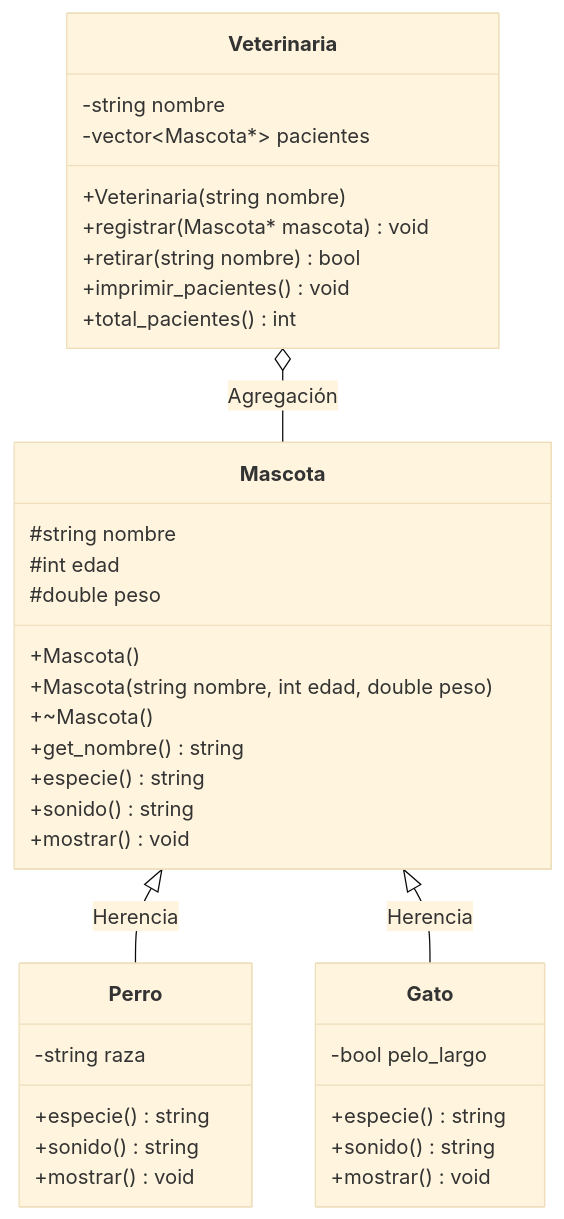
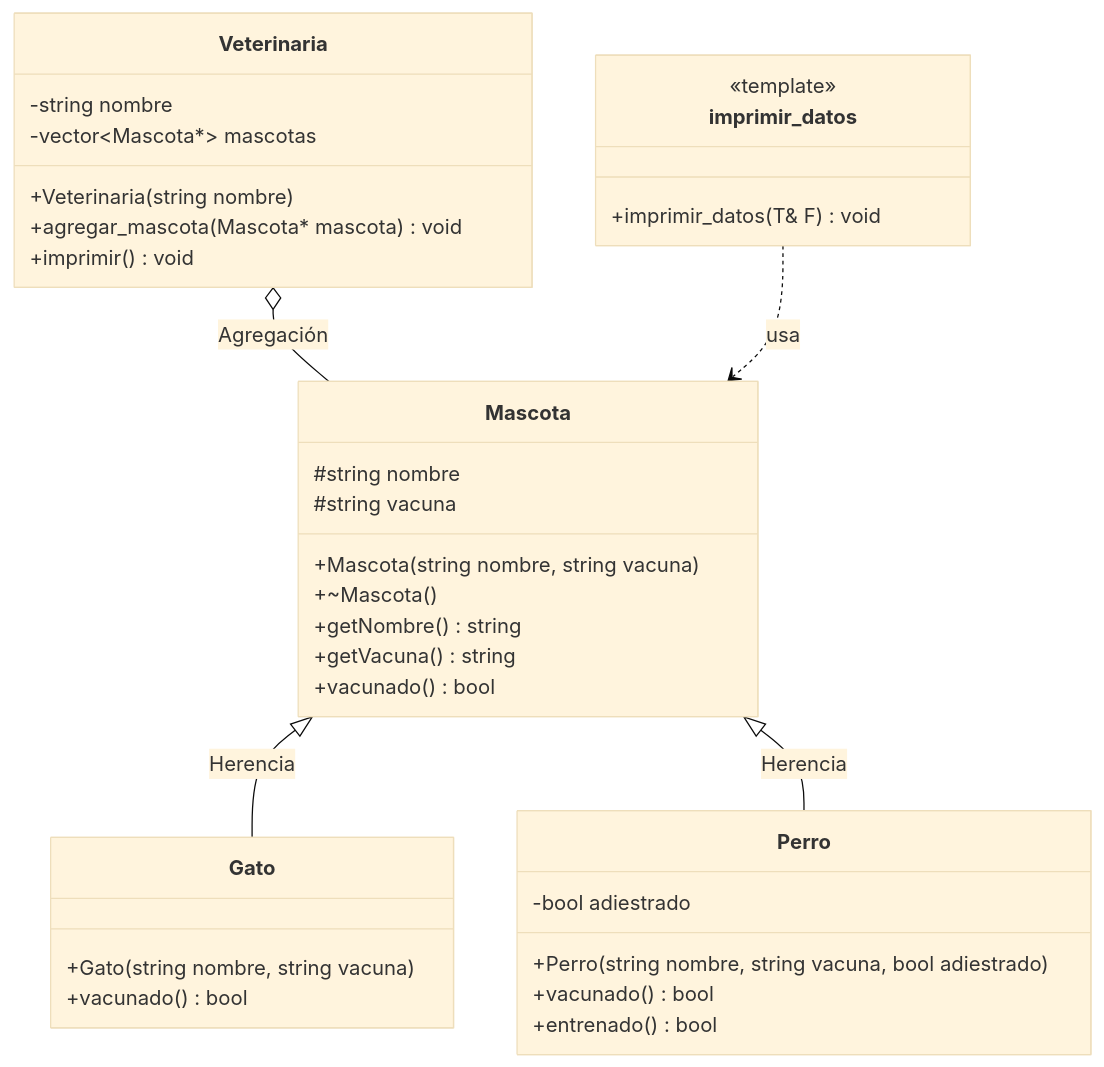
Before and after one commit to CursosProgramacionEP/PO_UTEC_Semana13: the first of 2 diagrams in A2_MascotaVeterinaria/README.md, drawn with Mermaid (base theme). The commit also changed other lines of this file and 30 other files, not shown here.

Commit message:
Semana 13 - A1, A2 y A3 ajustados a los diagramas de las diapositivas

````diff
--- a/A2_MascotaVeterinaria/README.md
+++ b/A2_MascotaVeterinaria/README.md
@@ -9,39 +7,37 @@
 ```mermaid
 classDiagram
     class Mascota {
         #string nombre
-        #int edad
-        #double peso
-        +Mascota()
-        +Mascota(string nombre, int edad, double peso)
+        #string vacuna
+        +Mascota(string nombre, string vacuna)
         +~Mascota()
-        +get_nombre() string
-        +especie() string
-        +sonido() string
-        +mostrar() void
+        +getNombre() string
+        +getVacuna() string
+        +vacunado() bool
+    }
+    class Gato {
+        +Gato(string nombre, string vacuna)
+        +vacunado() bool
     }
     class Perro {
-        -string raza
-        +especie() string
-        +sonido() string
-        +mostrar() void
-    }
-    class Gato {
-        -bool pelo_largo
-        +especie() string
-        +sonido() string
-        +mostrar() void
+        -bool adiestrado
+        +Perro(string nombre, string vacuna, bool adiestrado)
+        +vacunado() bool
+        +entrenado() bool
     }
     class Veterinaria {
         -string nombre
-        -vector~Mascota#42;~ pacientes
+        -vector~Mascota#42;~ mascotas
         +Veterinaria(string nombre)
-        +registrar(Mascota#42; mascota) void
-        +retirar(string nombre) bool
-        +imprimir_pacientes() void
-        +total_pacientes() int
+        +agregar_mascota(Mascota#42; mascota) void
+        +imprimir() void
     }
+    class imprimir_datos {
+        <<template>>
+        +imprimir_datos(T& F) void
+    }
+    Mascota <|-- Gato : Herencia
     Mascota <|-- Perro : Herencia
-    Mascota <|-- Gato : Herencia
     Veterinaria o-- Mascota : Agregación
+    imprimir_datos ..> Mascota : usa
 ```
````
